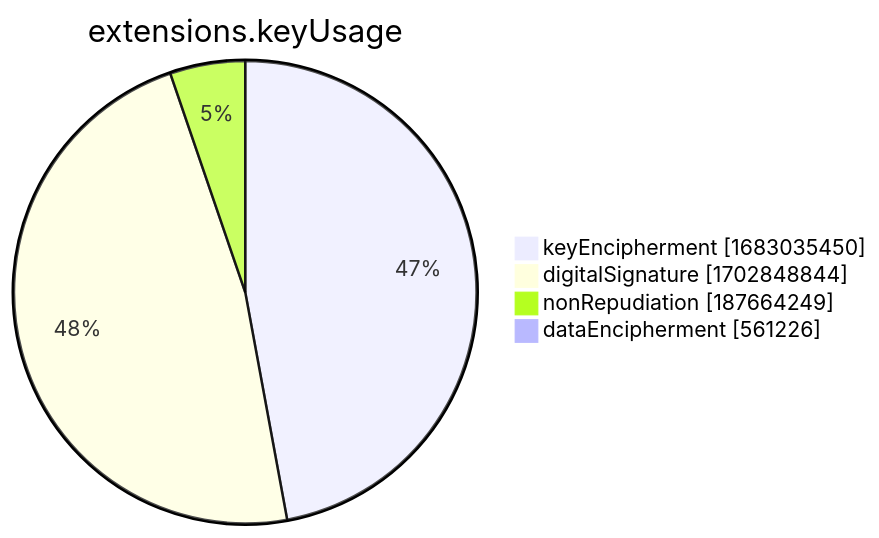
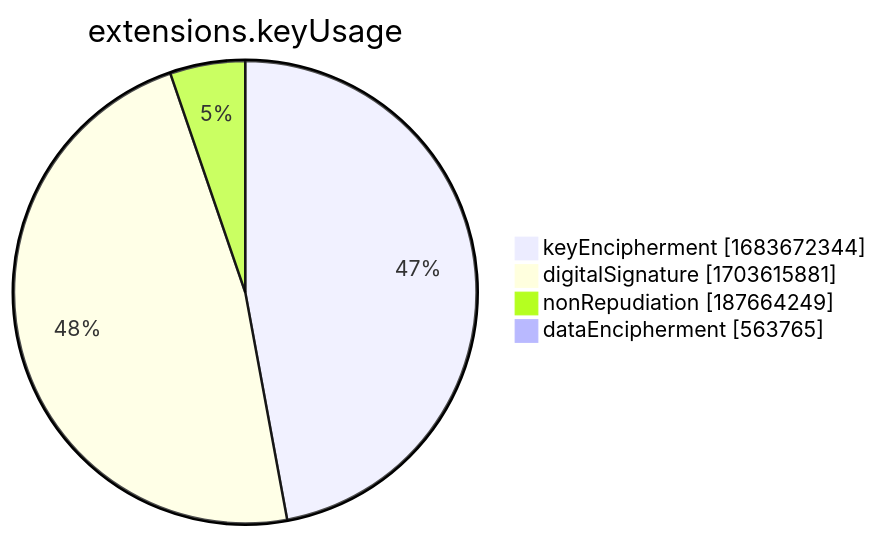
One commit to christiankrug/ctmonitor_visualization changed the seventh of 15 diagrams in xenon2022/README.md. Above: the diagram before and after it, drawn with Mermaid. The commit also changed other lines of this file, not shown here.

````diff
--- a/xenon2022/README.md
+++ b/xenon2022/README.md
@@ -2857,8 +2857,8 @@
 ```mermaid
 pie showData
 title extensions.keyUsage
-"keyEncipherment" :1683035450
-"digitalSignature" :1702848844
+"keyEncipherment" :1683672344
+"digitalSignature" :1703615881
 "nonRepudiation" :187664249
-"dataEncipherment" :561226
+"dataEncipherment" :563765
 ```
````
